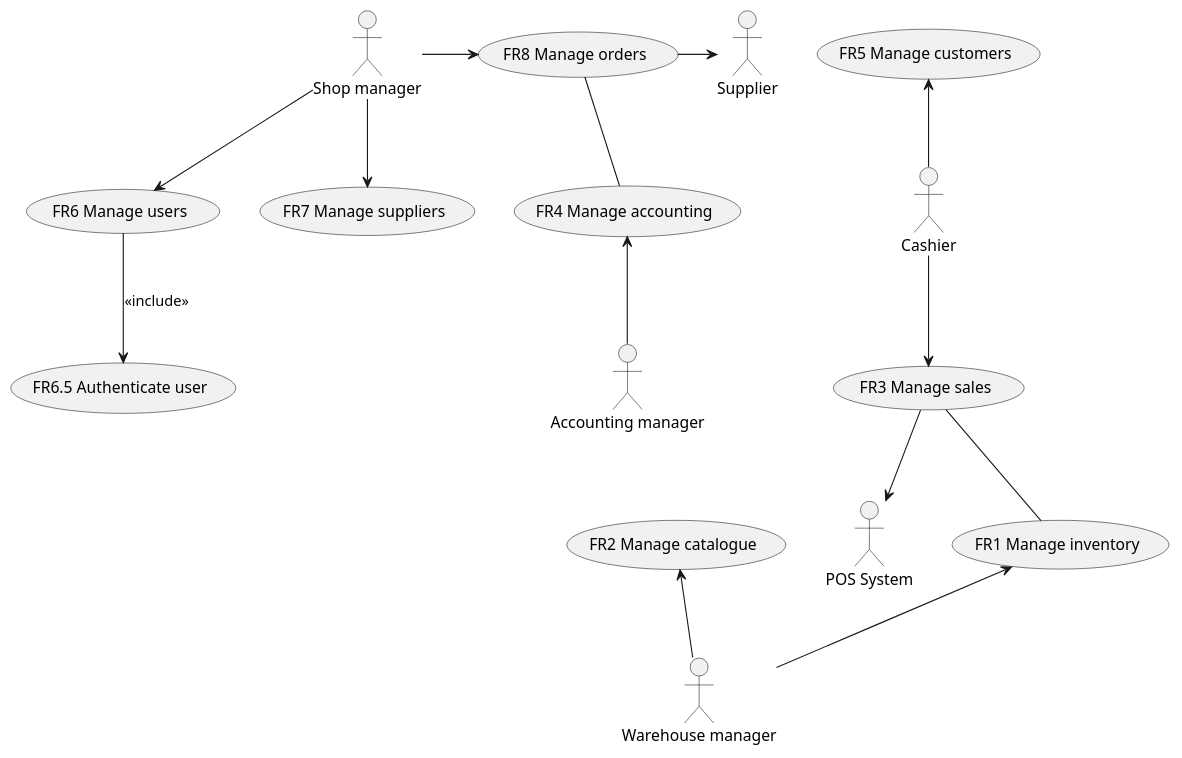
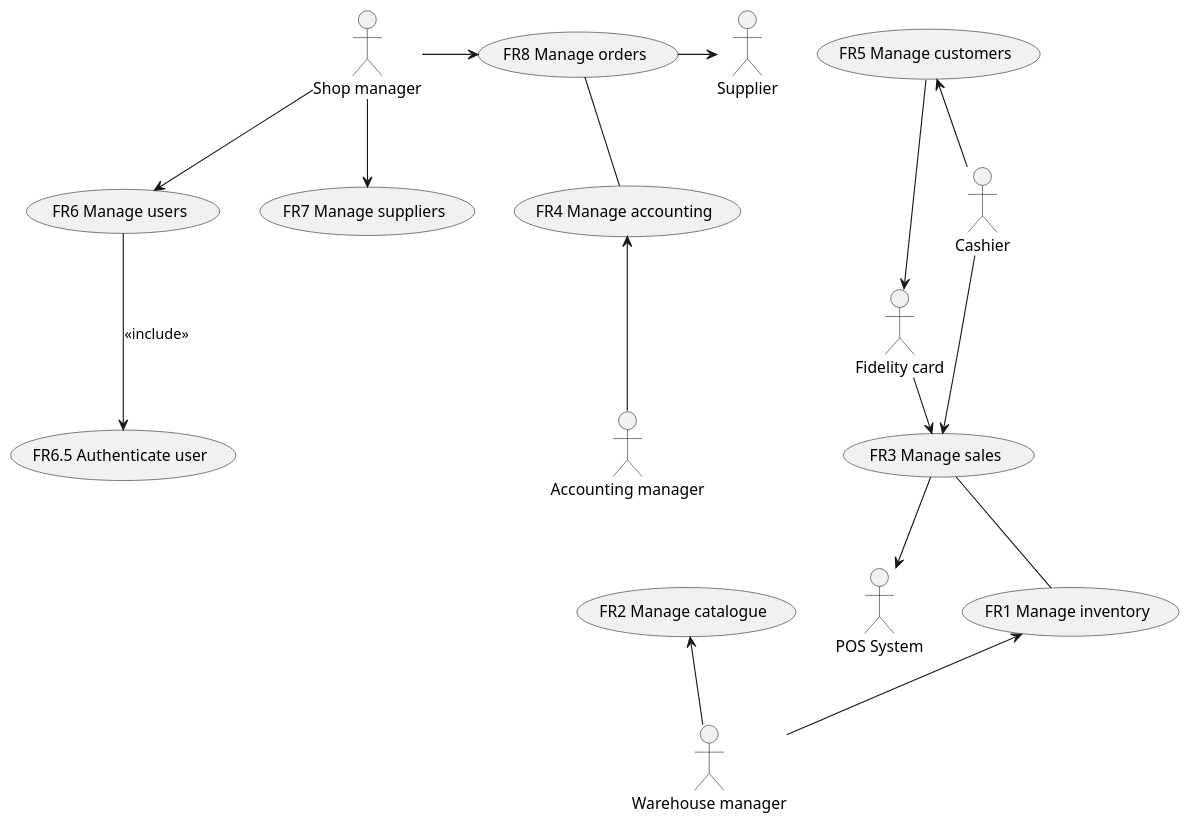
The second of 5 diagrams in Deliverables/RequirementsDocument.md (BMike10/EzShop), drawn with PlantUML before and after one commit. The commit also changed other lines of this file and 1 other file, not shown here.

Commit message:
doc: modifed usecase diagram: add fidelity card

```diff
--- a/Deliverables/RequirementsDocument.md
+++ b/Deliverables/RequirementsDocument.md
@@ -224,46 +224,50 @@
 	@startuml usecase_diagram
 		' actors
 		actor :Shop manager: as sm
 		actor :Cashier: as cr
 		actor :Accounting manager: as am
 		actor :Warehouse manager: as wm
 		actor :Supplier: as s
 		actor :POS System: as ccs
+		actor :Fidelity card: as fc
 		' use cases
 		usecase "FR1 Manage inventory" as mi
 		usecase "FR2 Manage catalogue" as mca
 		usecase "FR3 Manage sales" as ms
 		usecase "FR4 Manage accounting" as ma
 		usecase "FR5 Manage customers" as mc
 		usecase "FR6 Manage users" as mu
 		usecase "FR7 Manage suppliers" as msu
 		usecase "FR8 Manage orders" as mo
 		usecase "FR6.5 Authenticate user" as mua		
 
 		' associations
 		mu --> mua: <<include>>
 		ms -- mi
 		mo -- ma
 		' shop manager 
 		sm --> mu
 		' sm --> ma
 		' sm --> mi
 		' sm --> mc
 		' sm --> ms
 		sm --> msu
 		sm -> mo
 		' sm --> mca
 		' accounting manager
 		ma <-- am
 		' cashier
 		' mi <-- cr
 		cr --> ms
 		mc <-- cr
 		' POS system
 		ms --> ccs
 		' warehouse manager
 		mi <-- wm
 		mca <-- wm
 		' supplier 
 		mo -> s
+		' fidelity card
+		fc -> ms
+		mc --> fc
 	@enduml
```
